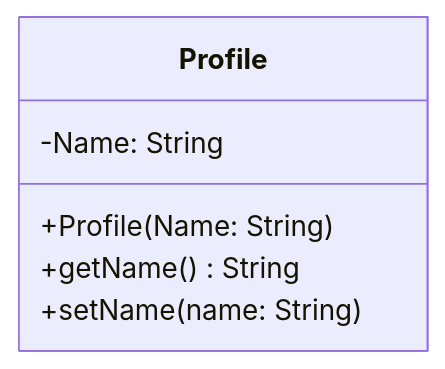
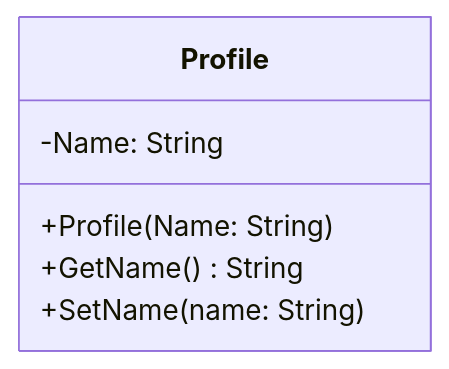
The first of 2 diagrams in docs/design/5-data-model.md (overlord-supreme/checkers), drawn with Mermaid before and after one commit. The commit also changed other lines of this file, not shown here.

````diff
--- a/docs/design/5-data-model.md
+++ b/docs/design/5-data-model.md
@@ -7,9 +7,9 @@
 ```mermaid
 classDiagram
     class Profile {
           -Name: String
           +Profile(Name: String)
-          +getName() String
-          +setName(name: String)
+          +GetName() String
+          +SetName(name: String)
     }
 ```
````
